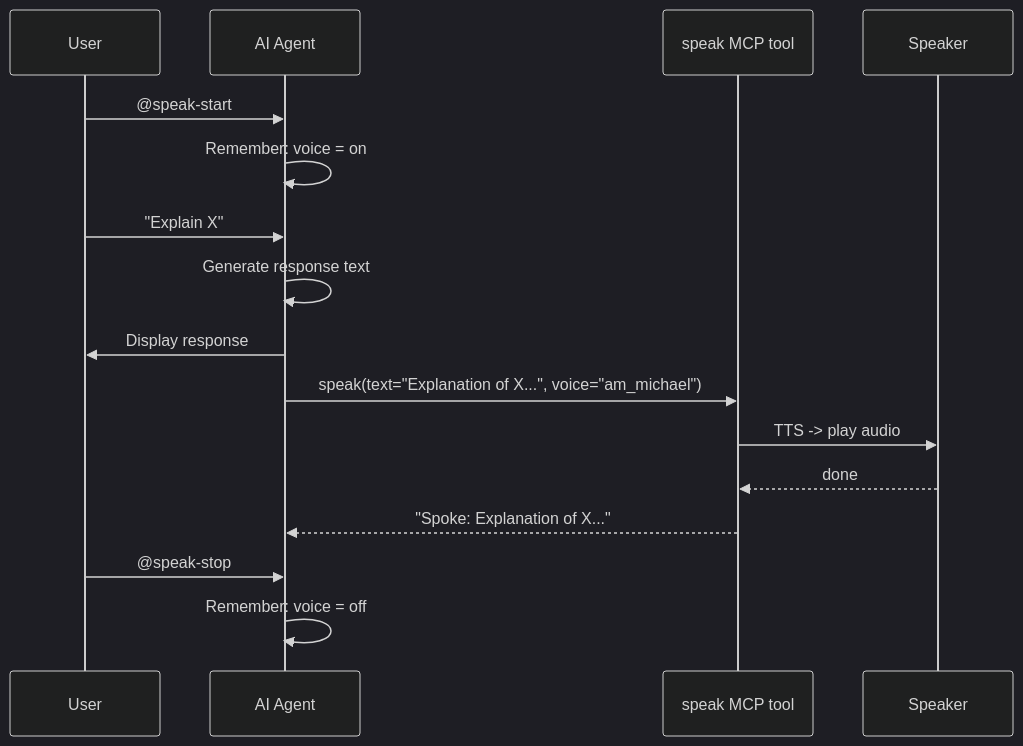
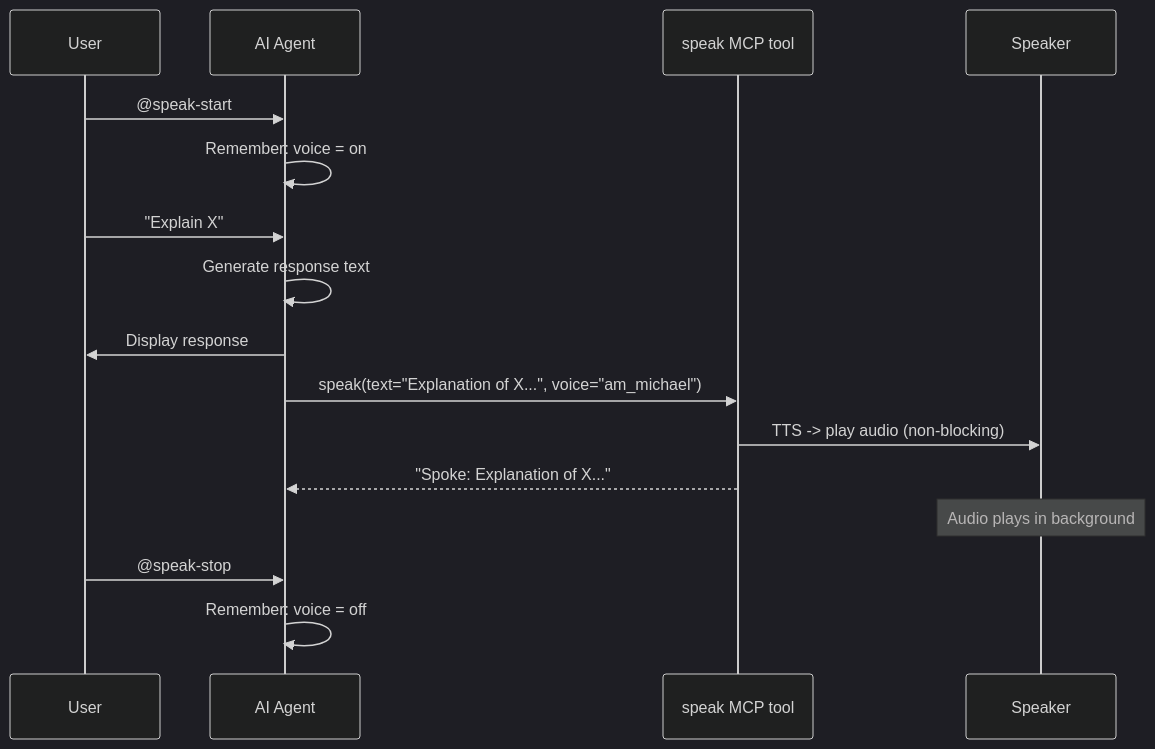
One commit to NetDevAutomate/Agent-Speaker changed the diagram in docs/use-cases.md. Above: the diagram before and after it, drawn with Mermaid (dark theme). The commit also changed 10 other files, not shown here.

First line of the commit message:
fix: non-blocking playback, SHA-256 model checksums, security hardening

````diff
--- a/docs/use-cases.md
+++ b/docs/use-cases.md
@@ -85,21 +85,21 @@
 ```mermaid
 sequenceDiagram
     participant User
     participant Agent as AI Agent
     participant MCP as speak MCP tool
     participant Audio as Speaker
 
     User->>Agent: @speak-start
     Agent->>Agent: Remember: voice = on
 
     User->>Agent: "Explain X"
     Agent->>Agent: Generate response text
     Agent->>User: Display response
     Agent->>MCP: speak(text="Explanation of X...", voice="am_michael")
-    MCP->>Audio: TTS -> play audio
-    Audio-->>MCP: done
+    MCP->>Audio: TTS -> play audio (non-blocking)
     MCP-->>Agent: "Spoke: Explanation of X..."
+    Note over Audio: Audio plays in background
 
     User->>Agent: @speak-stop
     Agent->>Agent: Remember: voice = off
 ```
````
